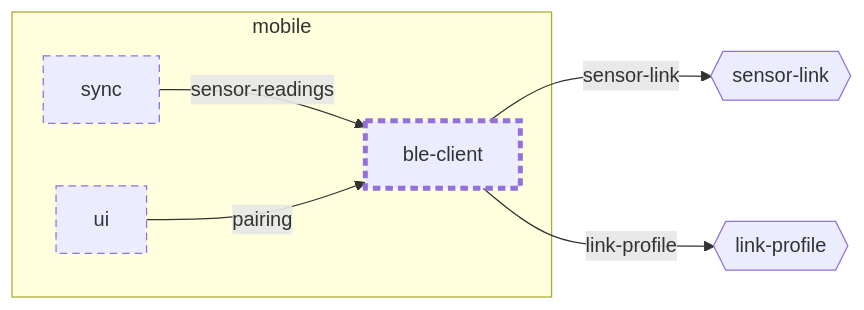
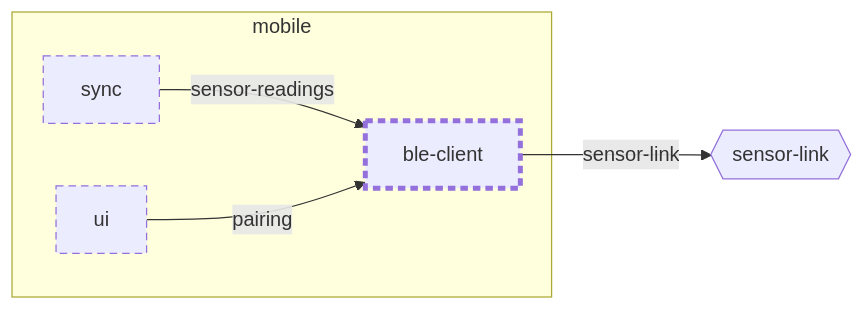
The diagram in examples/plantwatch/mobile/ble-client/docs/diagrams/context.md (wackazong/unifold), drawn with Mermaid before and after one commit. The commit also changed other lines of this file and 383 other files, not shown here.

````diff
--- a/examples/plantwatch/mobile/ble-client/docs/diagrams/context.md
+++ b/examples/plantwatch/mobile/ble-client/docs/diagrams/context.md
@@ -8,20 +8,18 @@
 ```mermaid
 flowchart LR
   subgraph u_mobile["mobile"]
     u_mobile__ble_dclient["ble-client"]
     u_mobile__sync["sync"]
     u_mobile__ui["ui"]
   end
   n_mobile___sensor_dlink{{"sensor-link"}}
-  n_mobile___link_dprofile{{"link-profile"}}
   u_mobile__sync -->|"sensor-readings"| u_mobile__ble_dclient
   u_mobile__ui -->|"pairing"| u_mobile__ble_dclient
   u_mobile__ble_dclient -->|"sensor-link"| n_mobile___sensor_dlink
-  u_mobile__ble_dclient -->|"link-profile"| n_mobile___link_dprofile
   classDef focus stroke-width:4px
   classDef planned stroke-dasharray:6 4
   classDef deprecated stroke-dasharray:2 2,opacity:0.6
   classDef plain stroke-dasharray:2 3
   class u_mobile__ble_dclient,u_mobile__sync,u_mobile__ui planned
   class u_mobile__ble_dclient focus
 ```
````
